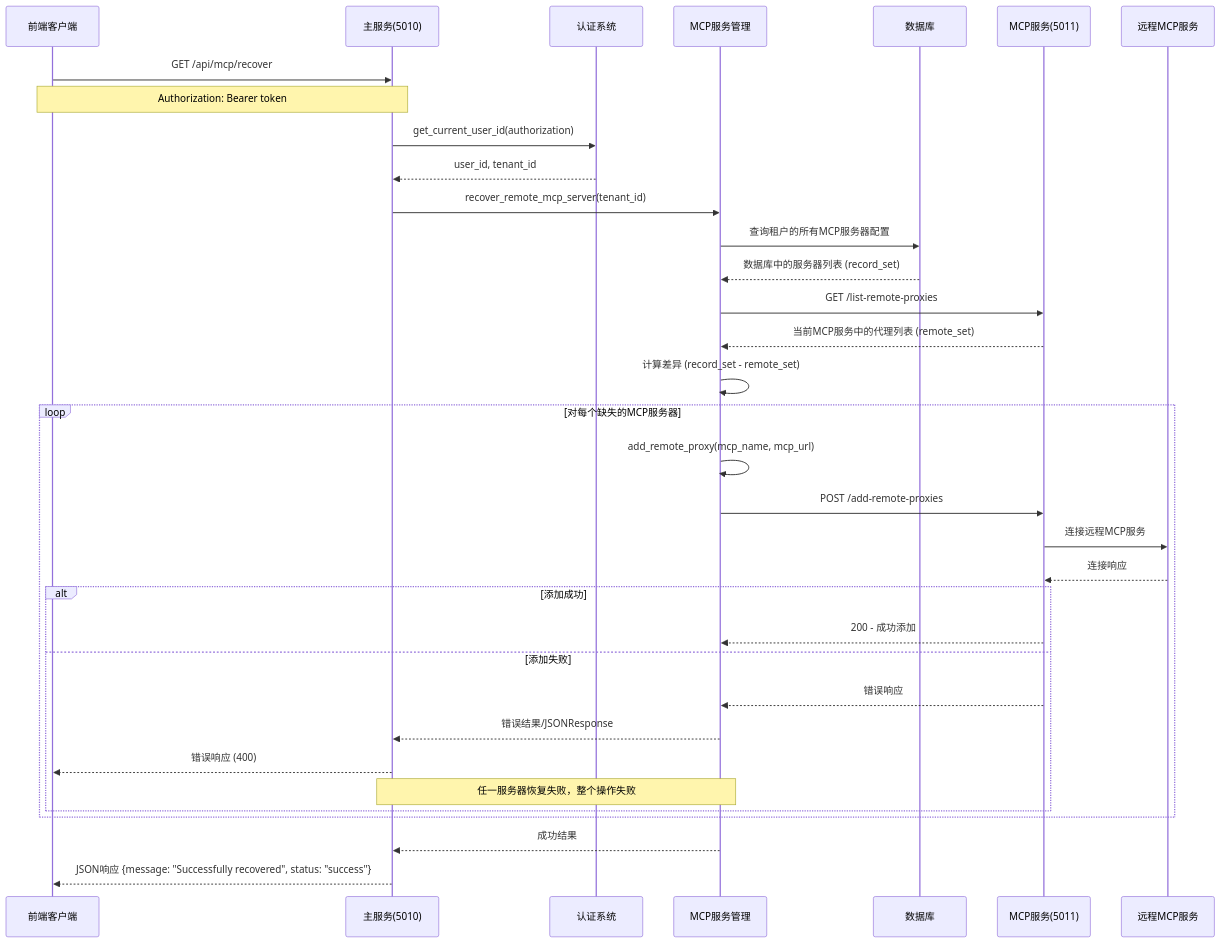
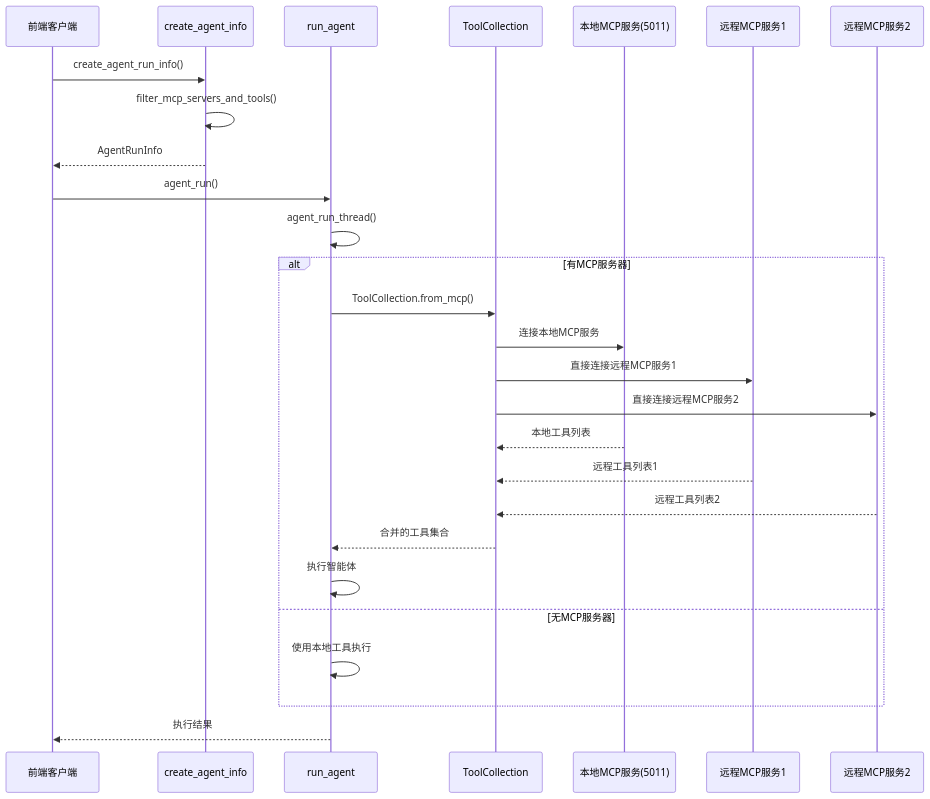
Before and after one commit to lim12137/clash-web: the third of 3 diagrams in doc/docs/zh/backend/tools/mcp.md, drawn with Mermaid. The commit also changed other lines of this file, not shown here.

Commit message:
📝 update mcp doc

````diff
--- a/doc/docs/zh/backend/tools/mcp.md
+++ b/doc/docs/zh/backend/tools/mcp.md
@@ -392,45 +230,33 @@
 ```mermaid
 sequenceDiagram
     participant C as 前端客户端
-    participant M as 主服务(5010)
-    participant A as 认证系统
-    participant S as MCP服务管理
-    participant DB as 数据库
-    participant MCP as MCP服务(5011)
-    participant R as 远程MCP服务
+    participant A as create_agent_info
+    participant R as run_agent
+    participant TC as ToolCollection
+    participant LMCP as 本地MCP服务(5011)
+    participant RMCP1 as 远程MCP服务1
+    participant RMCP2 as 远程MCP服务2
 
-    C->>M: GET /api/mcp/recover
-    Note over C,M: Authorization: Bearer token
+    C->>A: create_agent_run_info()
+    A->>A: filter_mcp_servers_and_tools()
+    A-->>C: AgentRunInfo
     
-    M->>A: get_current_user_id(authorization)
-    A-->>M: user_id, tenant_id
+    C->>R: agent_run()
+    R->>R: agent_run_thread()
     
-    M->>S: recover_remote_mcp_server(tenant_id)
-    
-    S->>DB: 查询租户的所有MCP服务器配置
-    DB-->>S: 数据库中的服务器列表 (record_set)
-    
-    S->>MCP: GET /list-remote-proxies
-    MCP-->>S: 当前MCP服务中的代理列表 (remote_set)
-    
-    S->>S: 计算差异 (record_set - remote_set)
-    
-    loop 对每个缺失的MCP服务器
-        S->>S: add_remote_proxy(mcp_name, mcp_url)
-        S->>MCP: POST /add-remote-proxies
-        MCP->>R: 连接远程MCP服务
-        R-->>MCP: 连接响应
-        
-        alt 添加成功
-            MCP-->>S: 200 - 成功添加
-        else 添加失败
-            MCP-->>S: 错误响应
-            S-->>M: 错误结果/JSONResponse
-            M-->>C: 错误响应 (400)
-            Note over S,M: 任一服务器恢复失败，整个操作失败
-        end
+    alt 有MCP服务器
+        R->>TC: ToolCollection.from_mcp()
+        TC->>LMCP: 连接本地MCP服务
+        TC->>RMCP1: 直接连接远程MCP服务1
+        TC->>RMCP2: 直接连接远程MCP服务2
+        LMCP-->>TC: 本地工具列表
+        RMCP1-->>TC: 远程工具列表1
+        RMCP2-->>TC: 远程工具列表2
+        TC-->>R: 合并的工具集合
+        R->>R: 执行智能体
+    else 无MCP服务器
+        R->>R: 使用本地工具执行
     end
     
-    S-->>M: 成功结果
-    M-->>C: JSON响应 {message: "Successfully recovered", status: "success"}
+    R-->>C: 执行结果
 ```
````
